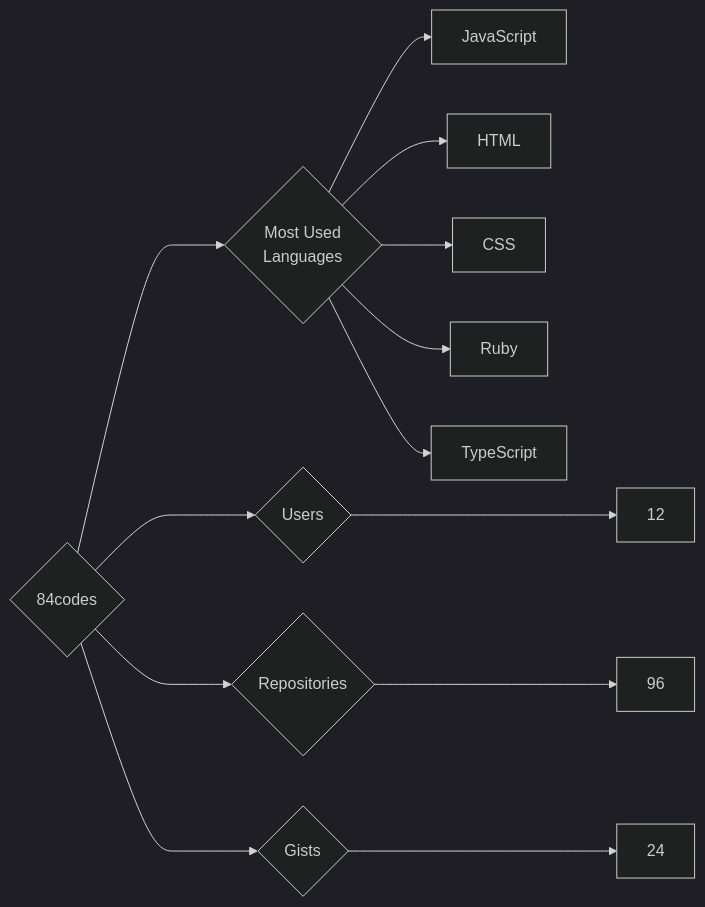
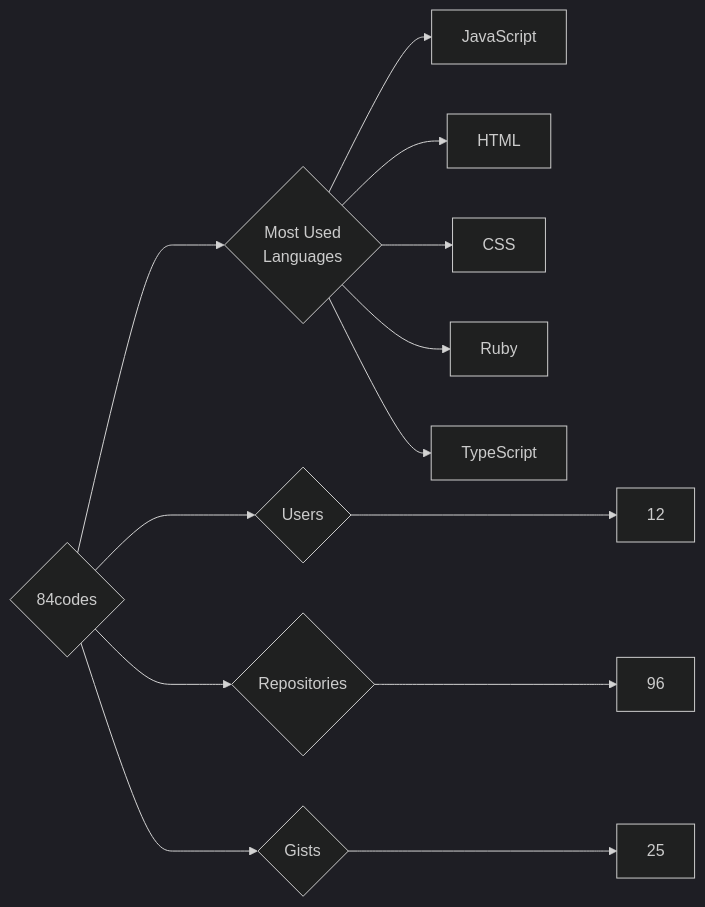
The diagram in targets/84codes/README.md (trickest/insiders), drawn with Mermaid (dark theme) before and after one commit. The commit also changed 1149 other files, not shown here.

````diff
--- a/targets/84codes/README.md
+++ b/targets/84codes/README.md
@@ -3,13 +3,13 @@
 ```mermaid
 graph LR
 COMPANY_NAME{84codes}
 COMPANY_NAME ---> U{Users} ---> UN[12]
 COMPANY_NAME ---> R{Repositories} ---> RN[96]
-COMPANY_NAME ---> G{Gists} ---> GN[24]
+COMPANY_NAME ---> G{Gists} ---> GN[25]
 COMPANY_NAME ---> ML{Most Used<br>Languages}
 ML --> JavaScript[JavaScript]
 ML --> HTML[HTML]
 ML --> CSS[CSS]
 ML --> Ruby[Ruby]
 ML --> TypeScript[TypeScript]
 ```
````
